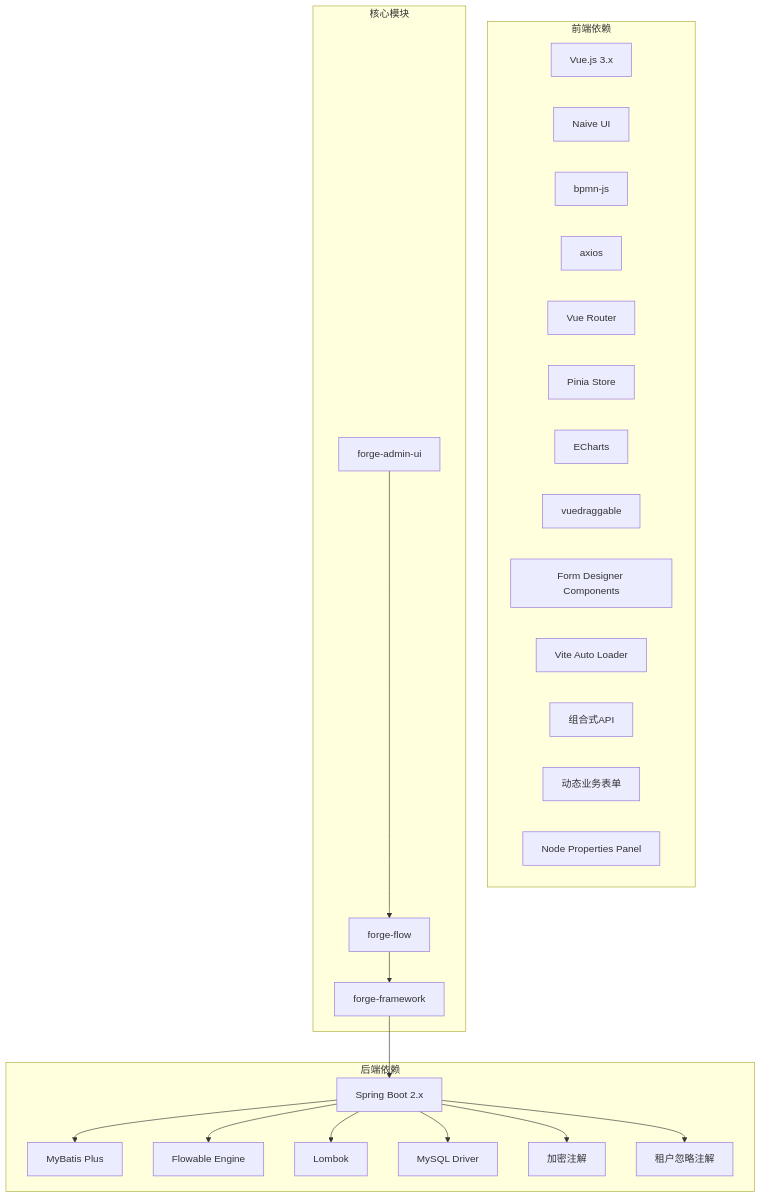
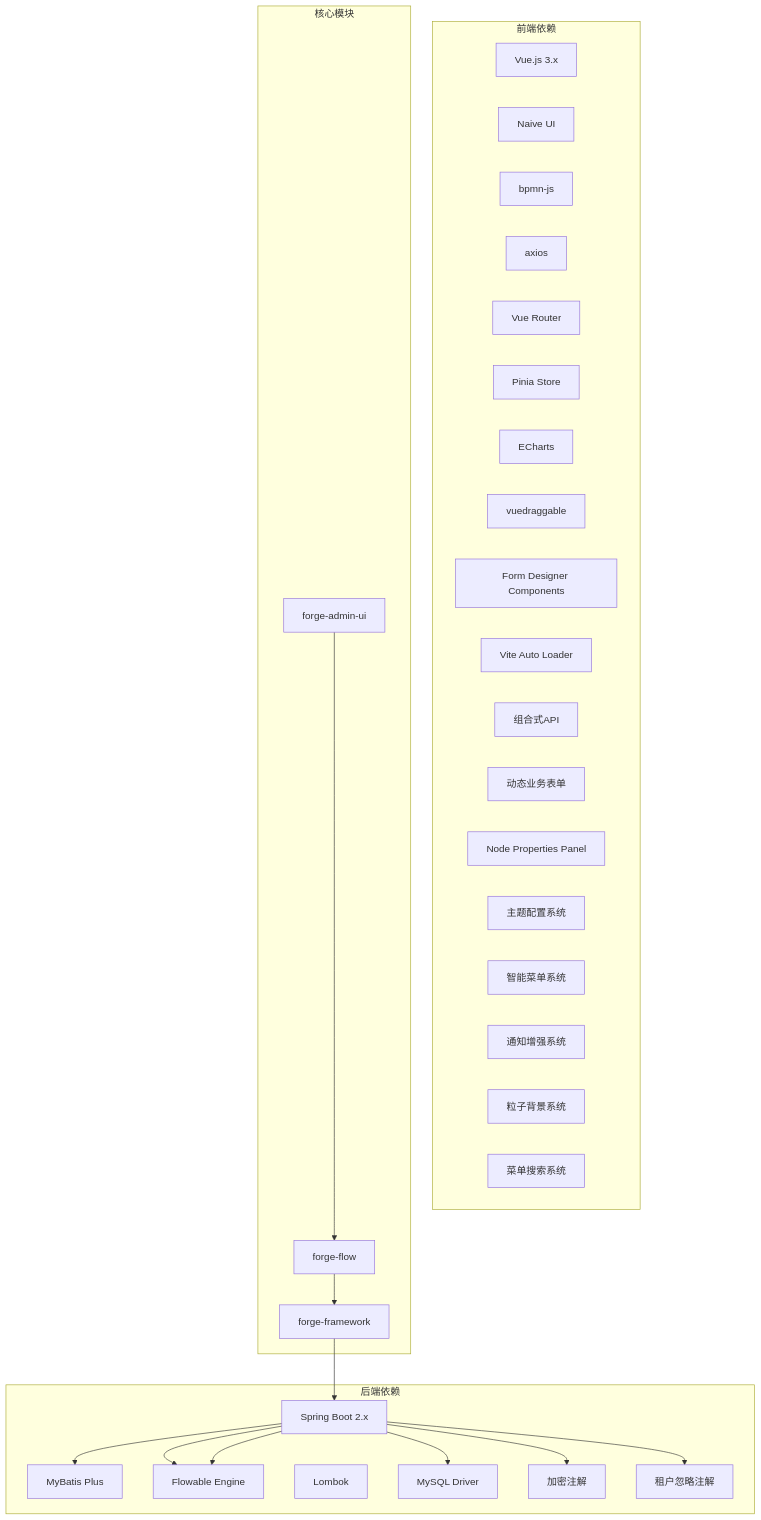
One commit to yaomindong1996/forge-admin changed diagram 13 of 15 in .qoder/repowiki/zh/content/前端框架详解/前端工作流组件.md. Above: the diagram before and after it, drawn with Mermaid. The commit also changed other lines of this file and 57 other files, not shown here.

````diff
--- a/.qoder/repowiki/zh/content/前端框架详解/前端工作流组件.md
+++ b/.qoder/repowiki/zh/content/前端框架详解/前端工作流组件.md
@@ -626,41 +976,46 @@
 ```mermaid
 graph TB
 subgraph "前端依赖"
 A[Vue.js 3.x]
 B[Naive UI]
 C[bpmn-js]
 D[axios]
 E[Vue Router]
 F[Pinia Store]
 G[ECharts]
 H[vuedraggable]
 I[Form Designer Components]
 J[Vite Auto Loader]
 K[组合式API]
 L[动态业务表单]
 M[Node Properties Panel]
+N[主题配置系统]
+O[智能菜单系统]
+P[通知增强系统]
+Q[粒子背景系统]
+R[菜单搜索系统]
 end
 subgraph "后端依赖"
-N[Spring Boot 2.x]
-O[MyBatis Plus]
-P[Flowable Engine]
-Q[Lombok]
-R[MySQL Driver]
-S[加密注解]
-T[租户忽略注解]
+S[Spring Boot 2.x]
+T[MyBatis Plus]
+U[Flowable Engine]
+V[Lombok]
+W[MySQL Driver]
+X[加密注解]
+Y[租户忽略注解]
 end
 subgraph "核心模块"
-U[forge-flow]
-V[forge-framework]
-W[forge-admin-ui]
+Z[forge-flow]
+AA[forge-framework]
+BB[forge-admin-ui]
 end
-W --> U
-U --> V
-V --> N
-N --> O
-N --> P
-N --> S
-N --> T
-N --> Q
-N --> R
+BB --> Z
+Z --> AA
+AA --> S
+S --> T
+S --> U
+S --> X
+S --> Y
+S --> U
+S --> W
 ```
````
